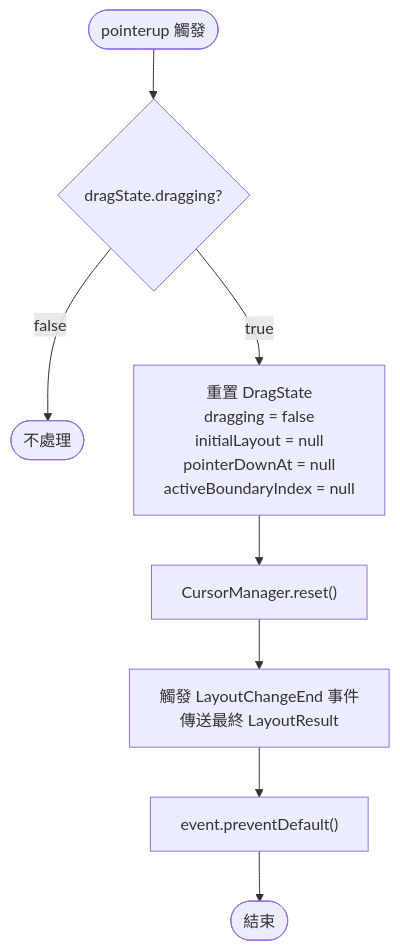
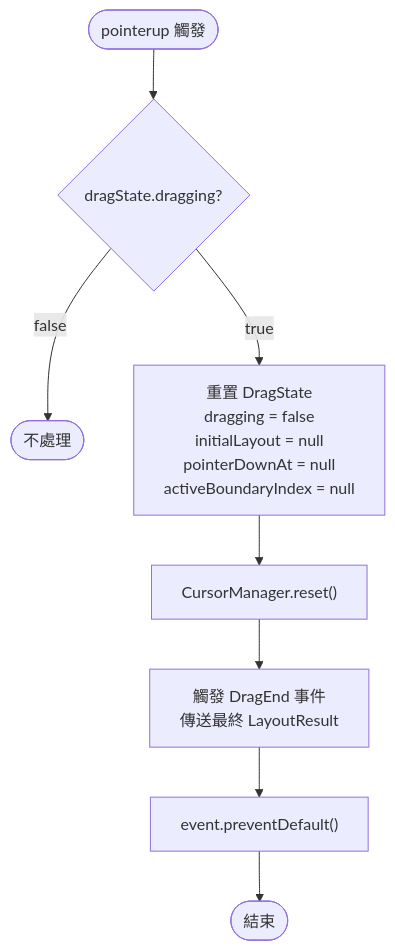
The eighth of 9 diagrams in V1-SA.md (laidasan/resizable-panel), drawn with Mermaid before and after one commit. The commit also changed other lines of this file and 8 other files, not shown here.

````diff
--- a/V1-SA.md
+++ b/V1-SA.md
@@ -683,11 +683,11 @@
 ```mermaid
 flowchart TD
     Entry(["pointerup 觸發"])
     Entry --> DragCheck{dragState.dragging?}
     DragCheck -- false --> Ignore(["不處理"])
     DragCheck -- true --> ResetState["重置 DragState<br/>dragging = false<br/>initialLayout = null<br/>pointerDownAt = null<br/>activeBoundaryIndex = null"]
     ResetState --> ResetCursor["CursorManager.reset()"]
-    ResetCursor --> EmitChanged["觸發 LayoutChangeEnd 事件<br/>傳送最終 LayoutResult"]
+    ResetCursor --> EmitChanged["觸發 DragEnd 事件<br/>傳送最終 LayoutResult"]
     EmitChanged --> Prevent["event.preventDefault()"]
     Prevent --> Return(["結束"])
 ```
````
